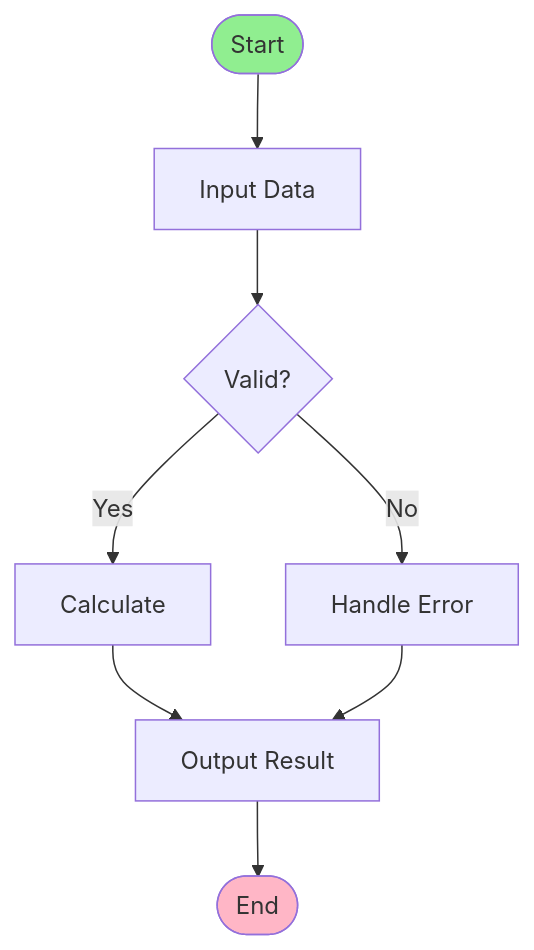
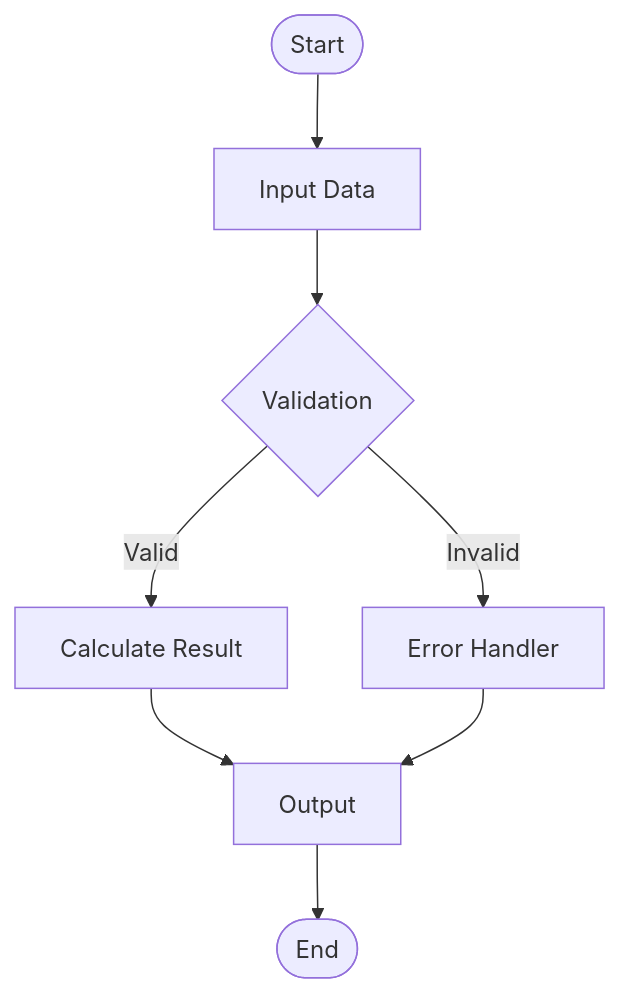
Before and after one commit to modu-ai/moai-adk: the first of 3 diagrams in src/moai_adk/templates/.claude/skills/moai-mermaid-diagram-expert/SKILL.md, drawn with Mermaid. The commit also changed other lines of this file and 250 other files, not shown here.

````diff
--- a/src/moai_adk/templates/.claude/skills/moai-mermaid-diagram-expert/SKILL.md
+++ b/src/moai_adk/templates/.claude/skills/moai-mermaid-diagram-expert/SKILL.md
@@ -56,13 +77,10 @@
 ```mermaid
 flowchart TD
     Start([Start]) --> Input[Input Data]
-    Input --> Process{Valid?}
-    Process -->|Yes| Calculate[Calculate]
-    Process -->|No| Error[Handle Error]
-    Calculate --> Output[Output Result]
+    Input --> Process{Validation}
+    Process -->|Valid| Calculate[Calculate Result]
+    Process -->|Invalid| Error[Error Handler]
+    Calculate --> Output[Output]
     Error --> Output
     Output --> End([End])
-
-    style Start fill:#90EE90
-    style End fill:#FFB6C6
 ```
````
